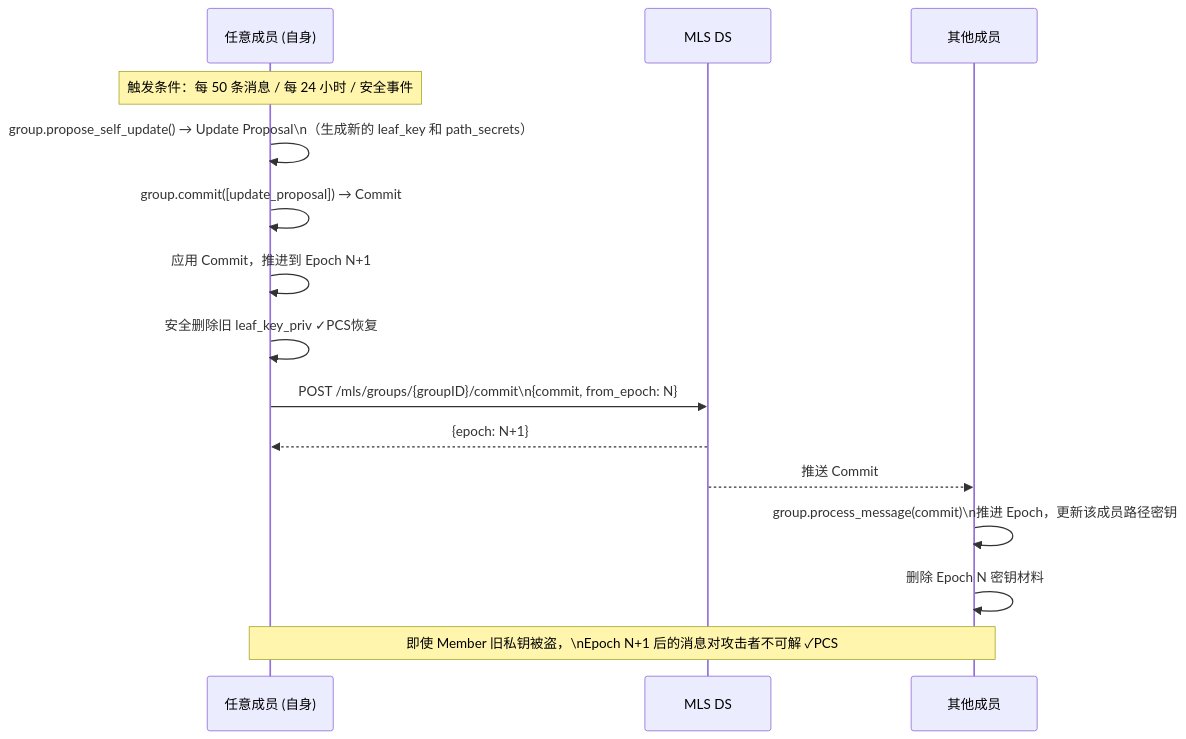
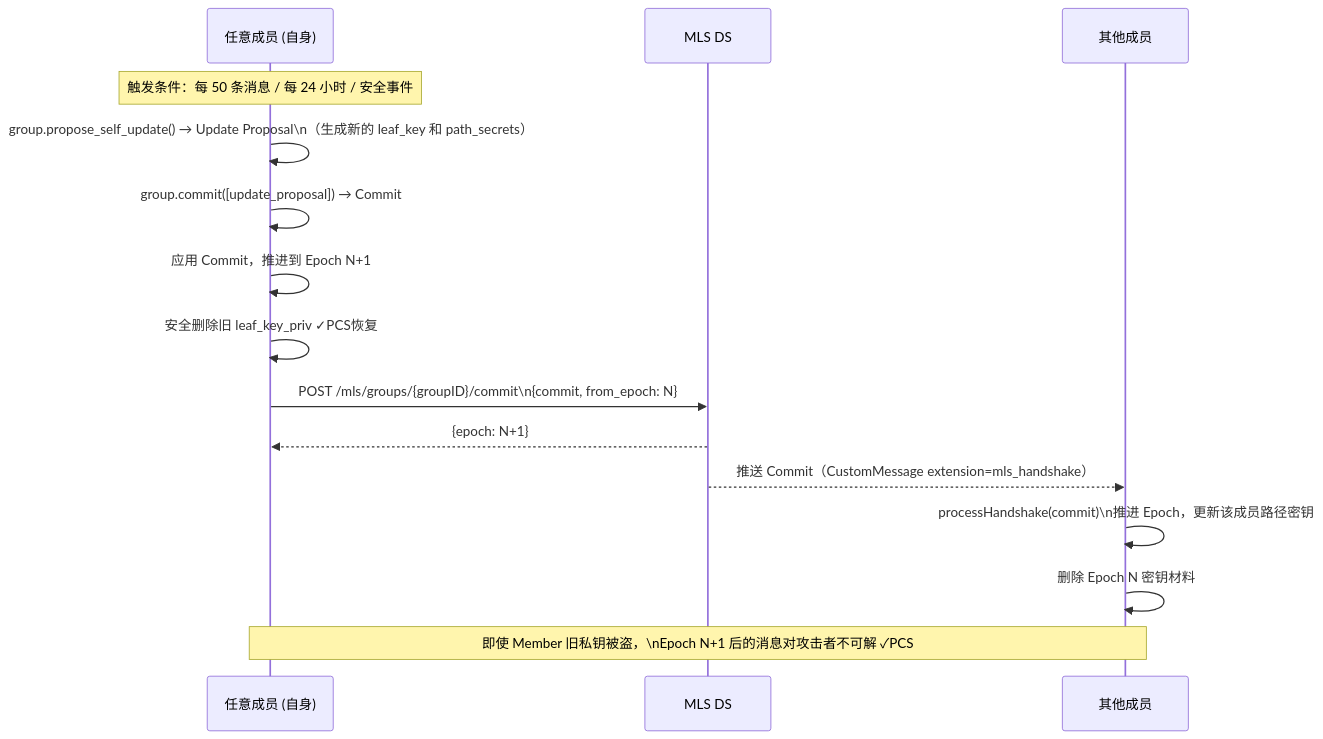
Before and after one commit to sok-im/open-im-server-origin: the eighth of 9 diagrams in e2ee-openmls-design.md, drawn with Mermaid. The commit also changed other lines of this file and 10 other files, not shown here.

````diff
--- a/e2ee-openmls-design.md
+++ b/e2ee-openmls-design.md
@@ -394,22 +434,22 @@
 ```mermaid
 sequenceDiagram
     participant Member as 任意成员 (自身)
     participant DS as MLS DS
     participant Others as 其他成员
 
     Note over Member: 触发条件：每 50 条消息 / 每 24 小时 / 安全事件
 
     Member->>Member: group.propose_self_update() → Update Proposal\n（生成新的 leaf_key 和 path_secrets）
     Member->>Member: group.commit([update_proposal]) → Commit
     Member->>Member: 应用 Commit，推进到 Epoch N+1
     Member->>Member: 安全删除旧 leaf_key_priv ✓PCS恢复
 
     Member->>DS: POST /mls/groups/{groupID}/commit\n{commit, from_epoch: N}
     DS-->>Member: {epoch: N+1}
 
-    DS-->>Others: 推送 Commit
-    Others->>Others: group.process_message(commit)\n推进 Epoch，更新该成员路径密钥
+    DS-->>Others: 推送 Commit（CustomMessage extension=mls_handshake）
+    Others->>Others: processHandshake(commit)\n推进 Epoch，更新该成员路径密钥
     Others->>Others: 删除 Epoch N 密钥材料
 
     Note over Member,Others: 即使 Member 旧私钥被盗，\nEpoch N+1 后的消息对攻击者不可解 ✓PCS
 ```
````
